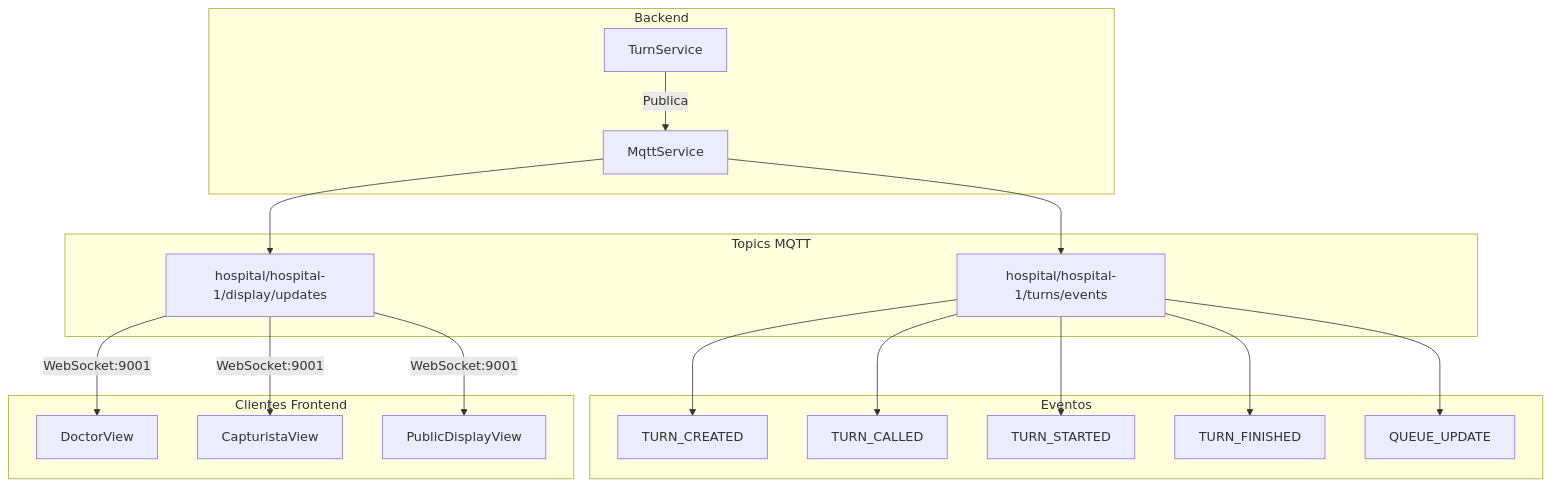
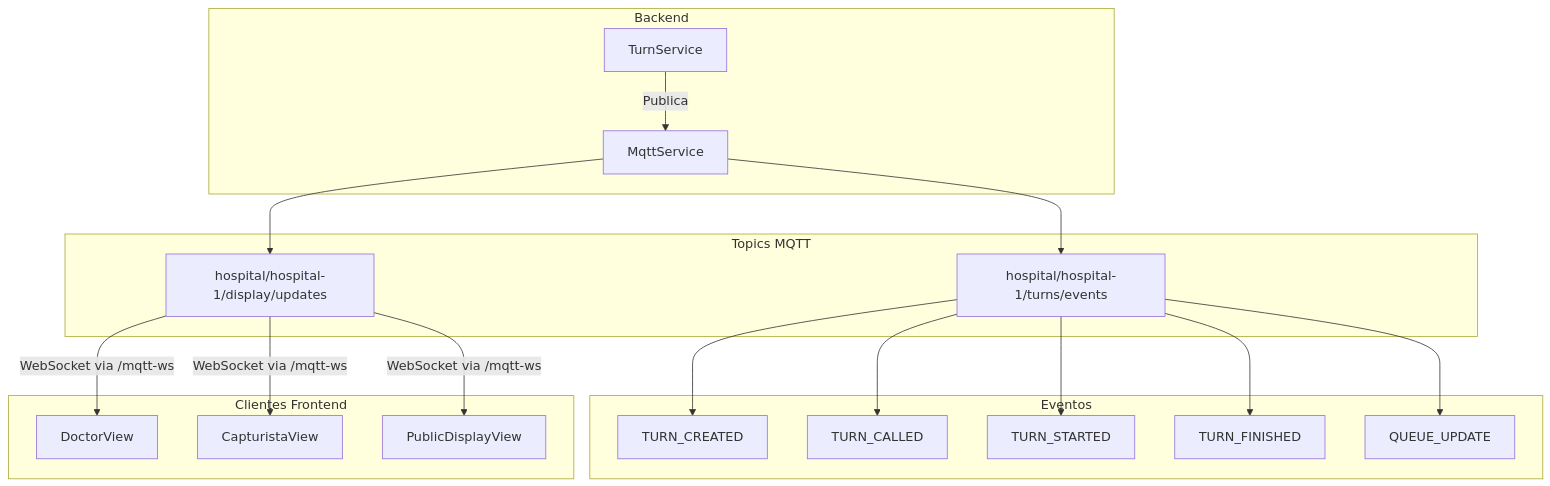
One commit to monroyhd/app-turnos changed the seventh of 13 diagrams in bitacora/diagrama.md. Above: the diagram before and after it, drawn with Mermaid. The commit also changed other lines of this file and 63 other files, not shown here.

````diff
--- a/bitacora/diagrama.md
+++ b/bitacora/diagrama.md
@@ -258,40 +329,40 @@
 ```mermaid
 flowchart TB
     subgraph Backend
         TS[TurnService]
         MS[MqttService]
     end
 
     subgraph Topics["Topics MQTT"]
         T1[hospital/hospital-1/turns/events]
         T2[hospital/hospital-1/display/updates]
     end
 
     subgraph Eventos
         E1[TURN_CREATED]
         E2[TURN_CALLED]
         E3[TURN_STARTED]
         E4[TURN_FINISHED]
         E5[QUEUE_UPDATE]
     end
 
     subgraph Clientes["Clientes Frontend"]
         Doc[DoctorView]
         Cap[CapturistaView]
         Disp[PublicDisplayView]
     end
 
     TS -->|Publica| MS
     MS --> T1
     MS --> T2
 
     T1 --> E1
     T1 --> E2
     T1 --> E3
     T1 --> E4
     T1 --> E5
 
-    T2 -->|WebSocket:9001| Doc
-    T2 -->|WebSocket:9001| Cap
-    T2 -->|WebSocket:9001| Disp
+    T2 -->|WebSocket via /mqtt-ws| Doc
+    T2 -->|WebSocket via /mqtt-ws| Cap
+    T2 -->|WebSocket via /mqtt-ws| Disp
 ```
````
